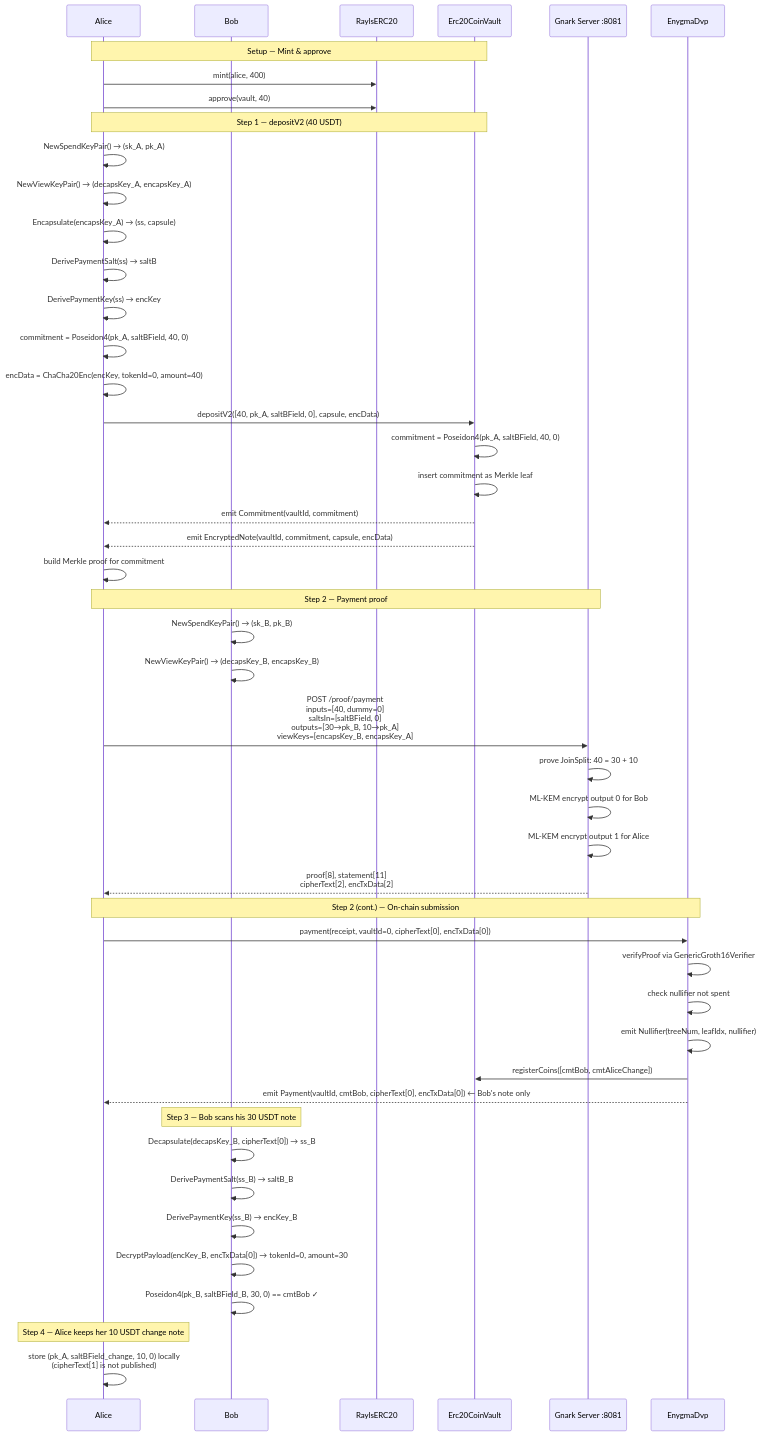
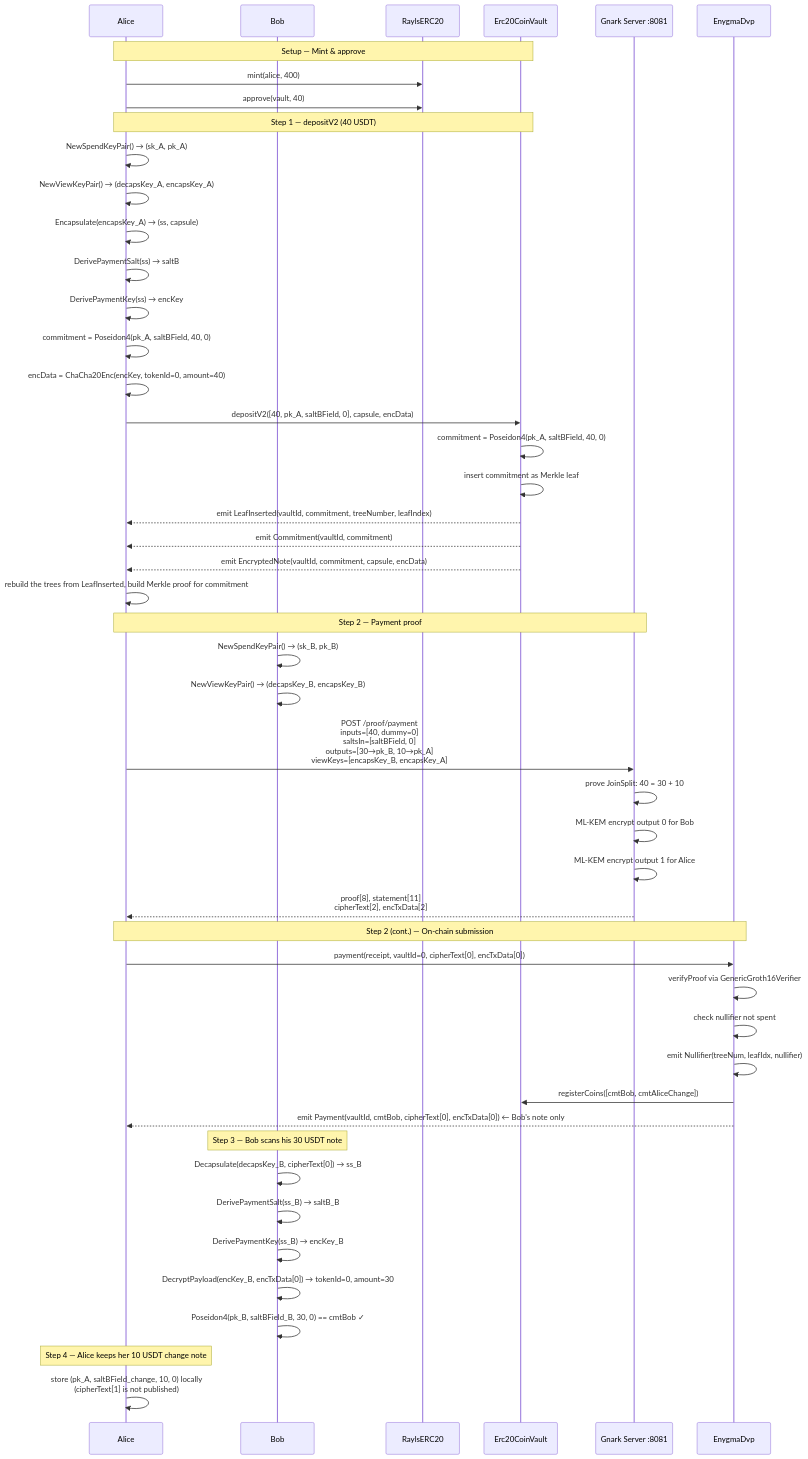
Before and after one commit to raylsnetwork/Enygma: the diagram in enygma_dvp/docs/flows/02_erc20_payment.md, drawn with Mermaid. The commit also changed 43 other files, not shown here.

````diff
--- a/enygma_dvp/docs/flows/02_erc20_payment.md
+++ b/enygma_dvp/docs/flows/02_erc20_payment.md
@@ -14,55 +14,56 @@
 ```mermaid
 sequenceDiagram
     participant Alice
     participant Bob
     participant ERC20 as RaylsERC20
     participant Vault as Erc20CoinVault
     participant GnarkServer as Gnark Server :8081
     participant DVP as EnygmaDvp
 
     Note over Alice,Vault: Setup — Mint & approve
     Alice->>ERC20: mint(alice, 400)
     Alice->>ERC20: approve(vault, 40)
 
     Note over Alice,Vault: Step 1 — depositV2 (40 USDT)
     Alice->>Alice: NewSpendKeyPair() → (sk_A, pk_A)
     Alice->>Alice: NewViewKeyPair() → (decapsKey_A, encapsKey_A)
     Alice->>Alice: Encapsulate(encapsKey_A) → (ss, capsule)
     Alice->>Alice: DerivePaymentSalt(ss) → saltB
     Alice->>Alice: DerivePaymentKey(ss) → encKey
     Alice->>Alice: commitment = Poseidon4(pk_A, saltBField, 40, 0)
     Alice->>Alice: encData = ChaCha20Enc(encKey, tokenId=0, amount=40)
     Alice->>Vault: depositV2([40, pk_A, saltBField, 0], capsule, encData)
     Vault->>Vault: commitment = Poseidon4(pk_A, saltBField, 40, 0)
     Vault->>Vault: insert commitment as Merkle leaf
+    Vault-->>Alice: emit LeafInserted(vaultId, commitment, treeNumber, leafIndex)
     Vault-->>Alice: emit Commitment(vaultId, commitment)
     Vault-->>Alice: emit EncryptedNote(vaultId, commitment, capsule, encData)
-    Alice->>Alice: build Merkle proof for commitment
+    Alice->>Alice: rebuild the trees from LeafInserted, build Merkle proof for commitment
 
     Note over Alice,GnarkServer: Step 2 — Payment proof
     Bob->>Bob: NewSpendKeyPair() → (sk_B, pk_B)
     Bob->>Bob: NewViewKeyPair() → (decapsKey_B, encapsKey_B)
     Alice->>GnarkServer: POST /proof/payment<br/>inputs=[40, dummy=0]<br/>saltsIn=[saltBField, 0]<br/>outputs=[30→pk_B, 10→pk_A]<br/>viewKeys=[encapsKey_B, encapsKey_A]
     GnarkServer->>GnarkServer: prove JoinSplit: 40 = 30 + 10
     GnarkServer->>GnarkServer: ML-KEM encrypt output 0 for Bob
     GnarkServer->>GnarkServer: ML-KEM encrypt output 1 for Alice
     GnarkServer-->>Alice: proof[8], statement[11]<br/>cipherText[2], encTxData[2]
 
     Note over Alice,DVP: Step 2 (cont.) — On-chain submission
     Alice->>DVP: payment(receipt, vaultId=0, cipherText[0], encTxData[0])
     DVP->>DVP: verifyProof via GenericGroth16Verifier
     DVP->>DVP: check nullifier not spent
     DVP->>DVP: emit Nullifier(treeNum, leafIdx, nullifier)
     DVP->>Vault: registerCoins([cmtBob, cmtAliceChange])
     DVP-->>Alice: emit Payment(vaultId, cmtBob, cipherText[0], encTxData[0])  ← Bob's note only
 
     Note over Bob: Step 3 — Bob scans his 30 USDT note
     Bob->>Bob: Decapsulate(decapsKey_B, cipherText[0]) → ss_B
     Bob->>Bob: DerivePaymentSalt(ss_B) → saltB_B
     Bob->>Bob: DerivePaymentKey(ss_B) → encKey_B
     Bob->>Bob: DecryptPayload(encKey_B, encTxData[0]) → tokenId=0, amount=30
     Bob->>Bob: Poseidon4(pk_B, saltBField_B, 30, 0) == cmtBob ✓
 
     Note over Alice: Step 4 — Alice keeps her 10 USDT change note
     Alice->>Alice: store (pk_A, saltBField_change, 10, 0) locally<br/>(cipherText[1] is not published)
 ```
````
